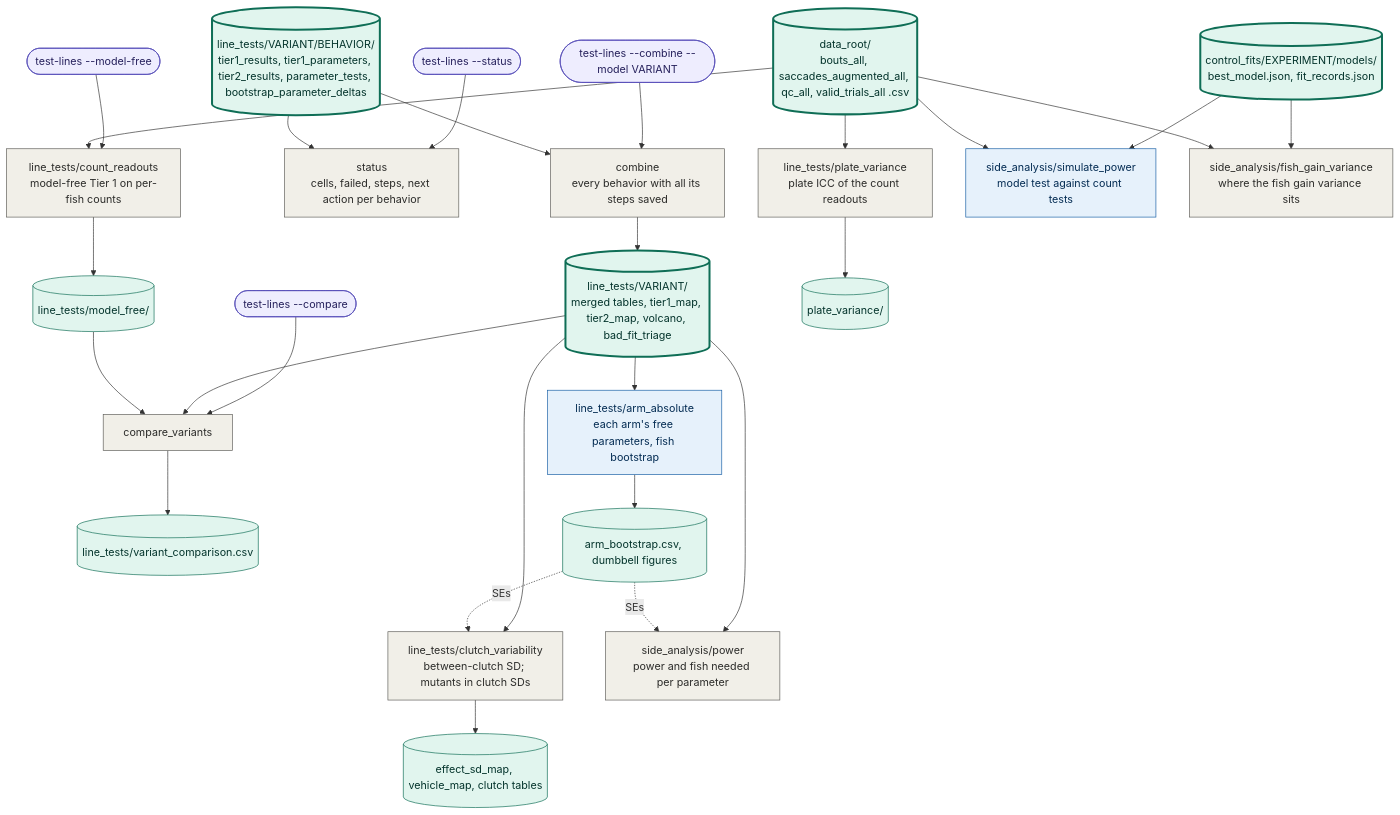
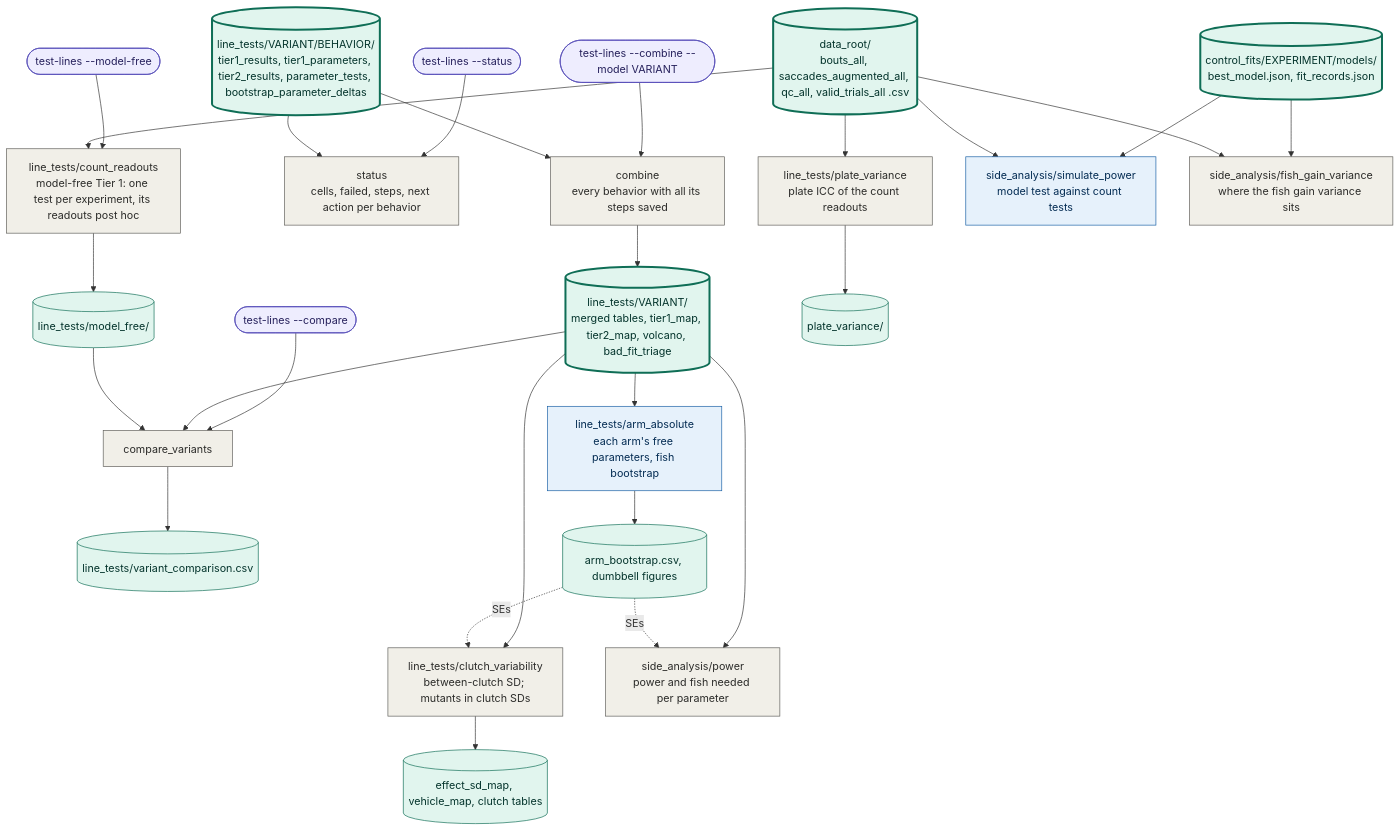
Before and after one commit to ElTinmar/BehaviorScreen: the sixth of 7 diagrams in docs/pipeline.md, drawn with Mermaid. The commit also changed other lines of this file and 6 other files, not shown here.

````diff
--- a/docs/pipeline.md
+++ b/docs/pipeline.md
@@ -313,59 +313,59 @@
 ```mermaid
 %% stage: Merged results and follow-ups
 %% shared: merged control_fits behavior_tables line_results
 flowchart TD
   combine_cmd(["test-lines --combine --model VARIANT"]):::cmd
   status_cmd(["test-lines --status"]):::cmd
   compare_cmd(["test-lines --compare"]):::cmd
   model_free_cmd(["test-lines --model-free"]):::cmd
   behavior_tables[("line_tests/VARIANT/BEHAVIOR/<br>tier1_results, tier1_parameters, tier2_results, parameter_tests, bootstrap_parameter_deltas")]:::shared
   merged[("data_root/<br>bouts_all, saccades_augmented_all, qc_all, valid_trials_all .csv")]:::shared
   control_fits[("control_fits/EXPERIMENT/models/<br>best_model.json, fit_records.json")]:::shared
   combine["combine<br>every behavior with all its steps saved"]:::step
   line_results[("line_tests/VARIANT/<br>merged tables, tier1_map, tier2_map, volcano, bad_fit_triage")]:::shared
   status["status<br>cells, failed, steps, next action per behavior"]:::step
   compare["compare_variants"]:::step
   compare_out[("line_tests/variant_comparison.csv")]:::data
   arm_absolute["line_tests/arm_absolute<br>each arm's free parameters, fish bootstrap"]:::par
   arm_out[("arm_bootstrap.csv, dumbbell figures")]:::data
   clutch["line_tests/clutch_variability<br>between-clutch SD; mutants in clutch SDs"]:::step
   clutch_out[("effect_sd_map, vehicle_map, clutch tables")]:::data
   power["side_analysis/power<br>power and fish needed per parameter"]:::step
-  counts["line_tests/count_readouts<br>model-free Tier 1 on per-fish counts"]:::step
+  counts["line_tests/count_readouts<br>model-free Tier 1: one test per experiment, its readouts post hoc"]:::step
   counts_out[("line_tests/model_free/")]:::data
   plate_var["line_tests/plate_variance<br>plate ICC of the count readouts"]:::step
   plate_out[("plate_variance/")]:::data
   sim_power["side_analysis/simulate_power<br>model test against count tests"]:::par
   gain_var["side_analysis/fish_gain_variance<br>where the fish gain variance sits"]:::step
   combine_cmd --> combine
   behavior_tables --> combine
   combine --> line_results
   status_cmd --> status
   behavior_tables --> status
   compare_cmd --> compare
   line_results --> compare
   compare --> compare_out
   line_results --> arm_absolute
   arm_absolute --> arm_out
   line_results --> clutch
   arm_out -.->|SEs| clutch
   clutch --> clutch_out
   line_results --> power
   arm_out -.->|SEs| power
   model_free_cmd --> counts
   merged --> counts
   counts --> counts_out
   counts_out --> compare
   merged --> plate_var
   plate_var --> plate_out
   control_fits --> sim_power
   merged --> sim_power
   control_fits --> gain_var
   merged --> gain_var
   classDef cmd fill:#EEEDFE,stroke:#534AB7,color:#26215C
   classDef step fill:#F1EFE8,stroke:#5F5E5A,color:#2C2C2A
   classDef par fill:#E6F1FB,stroke:#185FA5,color:#042C53
   classDef data fill:#E1F5EE,stroke:#0F6E56,color:#04342C
   classDef shared fill:#E1F5EE,stroke:#0F6E56,color:#04342C,stroke-width:3px
   classDef config fill:#FAEEDA,stroke:#854F0B,color:#412402
 ```
````
